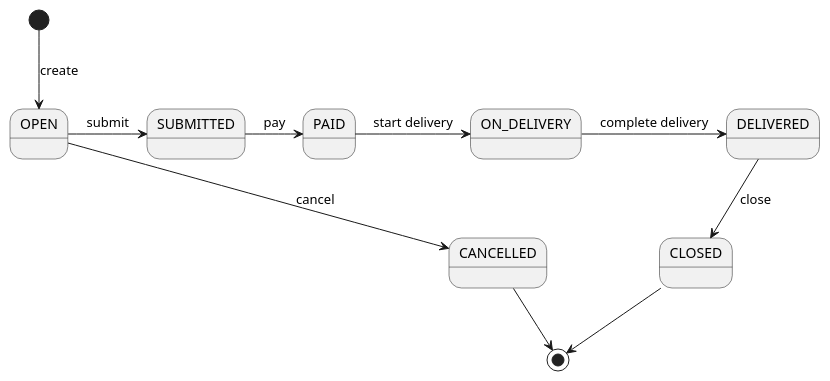
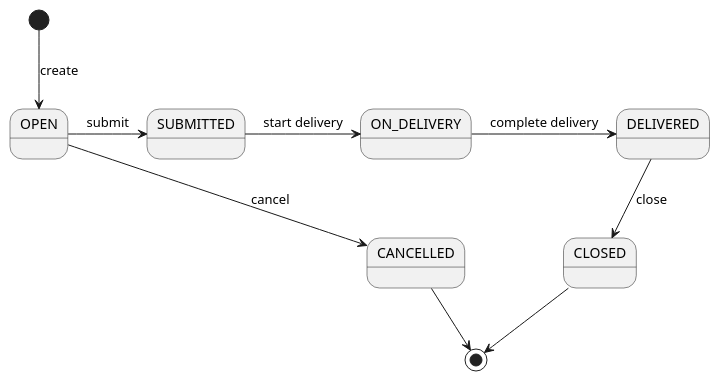
The third of 19 diagrams in src/docs/asciidoc/zh_TR/07-Order.adoc (rscai/microservices-doc), drawn with PlantUML before and after one commit. The commit also changed other lines of this file and 10 other files, not shown here.

```diff
--- a/src/docs/asciidoc/zh_TR/07-Order.adoc
+++ b/src/docs/asciidoc/zh_TR/07-Order.adoc
@@ -73,14 +88,13 @@
 [plantuml, order-state, png]
 ....
 @startuml
 [*] --> OPEN: create
 OPEN -> SUBMITTED: submit
 OPEN --> CANCELLED: cancel
 CANCELLED --> [*]
-SUBMITTED -> PAID: pay
-PAID -> ON_DELIVERY: start delivery
+SUBMITTED -> ON_DELIVERY: start delivery
 ON_DELIVERY -> DELIVERED: complete delivery
 DELIVERED --> CLOSED: close
 CLOSED --> [*]
 @enduml
 ....
```
